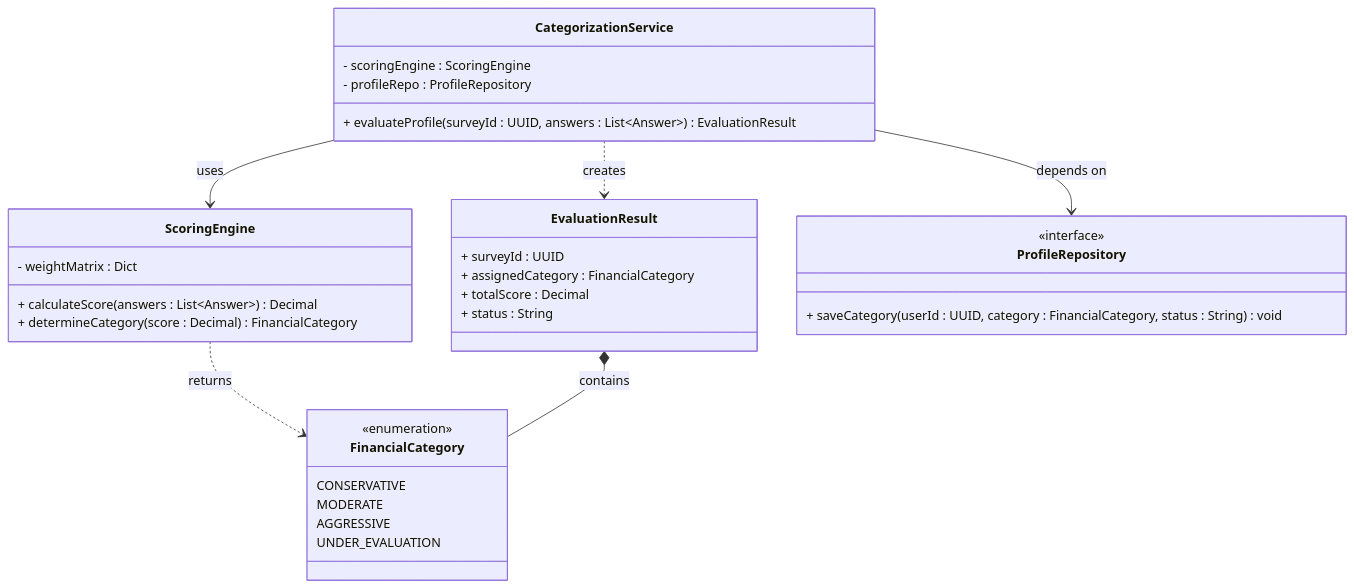
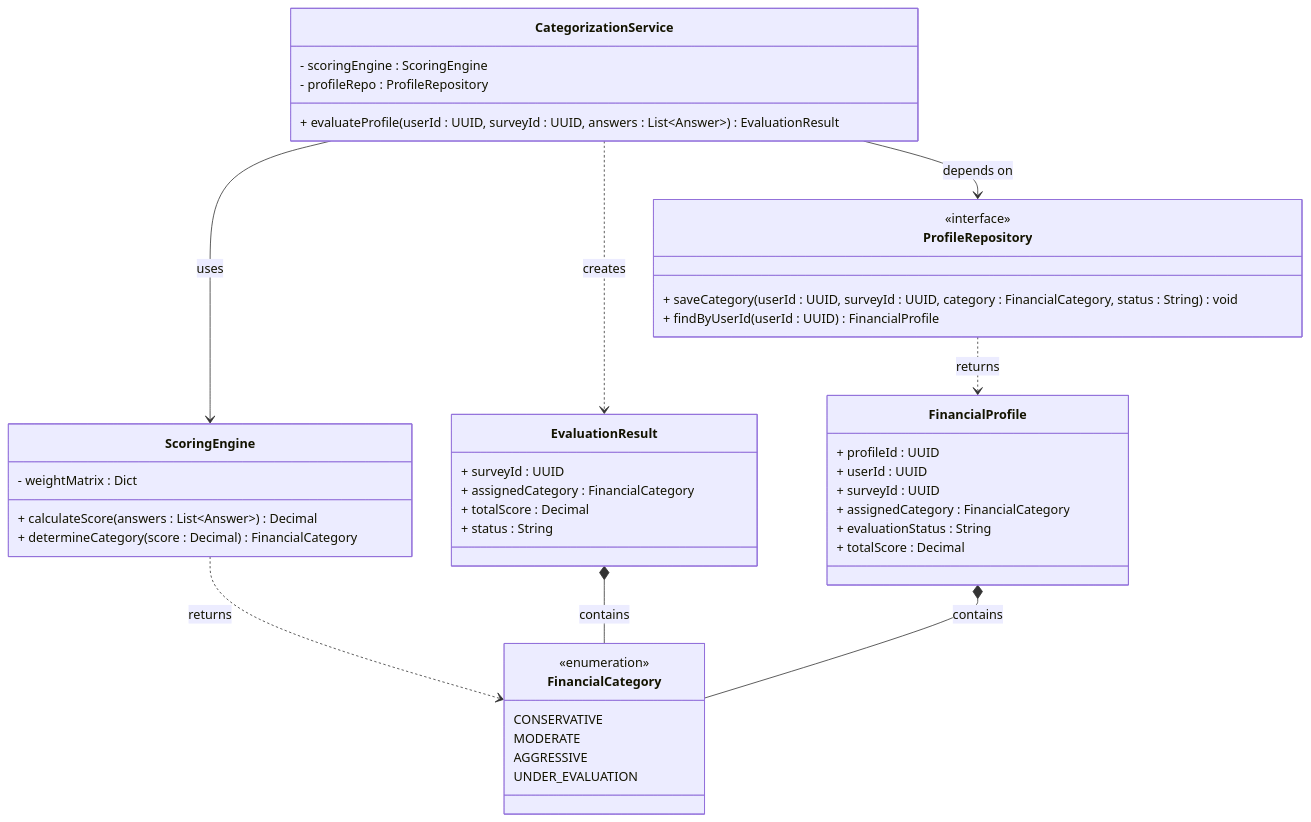
One commit to juacortesva/Grupo-5-Finanzas-Ingesoft_I_UN_2026-II changed the second of 3 diagrams in docs/design/01_Architectural_and_Detailed_Design.md. Above: the diagram before and after it, drawn with Mermaid. The commit also changed other lines of this file and 1 other file, not shown here.

````diff
--- a/docs/design/01_Architectural_and_Detailed_Design.md
+++ b/docs/design/01_Architectural_and_Detailed_Design.md
@@ -120,40 +120,52 @@
 ```mermaid
 classDiagram
     class CategorizationService {
         - scoringEngine : ScoringEngine
         - profileRepo : ProfileRepository
-        + evaluateProfile(surveyId : UUID, answers : List~Answer~) EvaluationResult
+        + evaluateProfile(userId : UUID, surveyId : UUID, answers : List~Answer~) EvaluationResult
     }
   
     class ScoringEngine {
         - weightMatrix : Dict
         + calculateScore(answers : List~Answer~) Decimal
         + determineCategory(score : Decimal) FinancialCategory
     }
   
     class EvaluationResult {
         + surveyId : UUID
         + assignedCategory : FinancialCategory
         + totalScore : Decimal
         + status : String
     }
+
+    class FinancialProfile {
+        + profileId : UUID
+        + userId : UUID
+        + surveyId : UUID
+        + assignedCategory : FinancialCategory
+        + evaluationStatus : String
+        + totalScore : Decimal
+    }
   
     class FinancialCategory {
         <<enumeration>>
         CONSERVATIVE
         MODERATE
         AGGRESSIVE
         UNDER_EVALUATION
     }
   
     class ProfileRepository {
         <<interface>>
-        + saveCategory(userId : UUID, category : FinancialCategory, status : String) void
+        + saveCategory(userId : UUID, surveyId : UUID, category : FinancialCategory, status : String) void
+        + findByUserId(userId : UUID) FinancialProfile
     }
 
     CategorizationService --> ScoringEngine : uses
     CategorizationService ..> EvaluationResult : creates
     CategorizationService --> ProfileRepository : depends on
     ScoringEngine ..> FinancialCategory : returns
     EvaluationResult *-- FinancialCategory : contains
+    FinancialProfile *-- FinancialCategory : contains
+    ProfileRepository ..> FinancialProfile : returns
 ```
````
